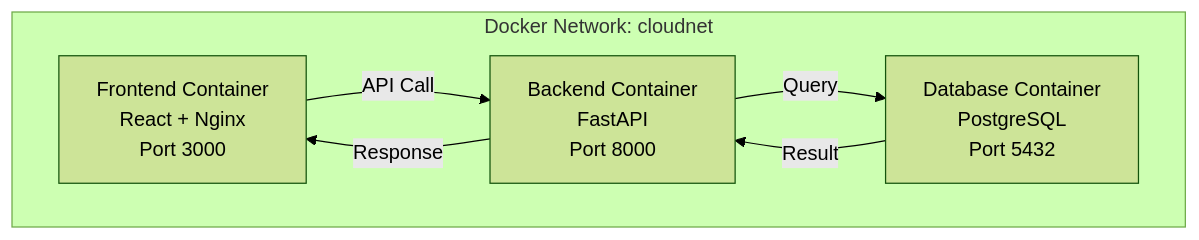
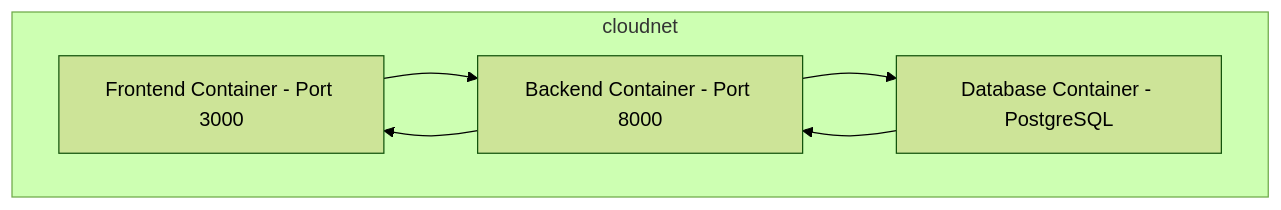
Before and after one commit to aidilsaputrakirsan-classroom/cc-kelompok-a-suksesss: the second of 5 diagrams in docs/arsitektur-sistem.md, drawn with Mermaid (forest theme). The commit also changed other lines of this file and 1 other file, not shown here.

````diff
--- a/docs/arsitektur-sistem.md
+++ b/docs/arsitektur-sistem.md
@@ -42,13 +42,13 @@
 ```mermaid
 graph TD
-    subgraph Docker Network: cloudnet
-        FE["Frontend Container<br/>React + Nginx<br/>Port 3000"]
-        BE["Backend Container<br/>FastAPI<br/>Port 8000"]
-        DB["Database Container<br/>PostgreSQL<br/>Port 5432"]
+    subgraph cloudnet
+        FE[Frontend Container - Port 3000]
+        BE[Backend Container - Port 8000]
+        DB[Database Container - PostgreSQL]
     end
 
-    FE -->|API Call| BE
-    BE -->|Query| DB
-    DB -->|Result| BE
-    BE -->|Response| FE
+    FE --> BE
+    BE --> DB
+    DB --> BE
+    BE --> FE
 ```
````
